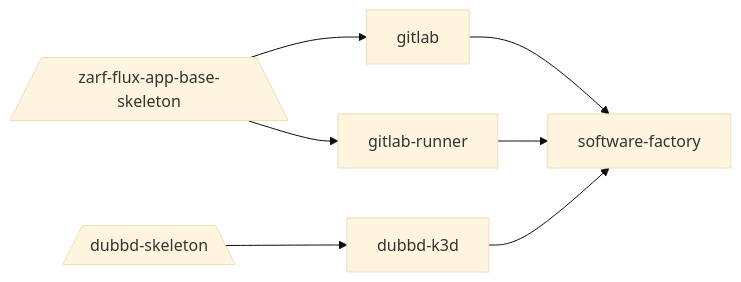
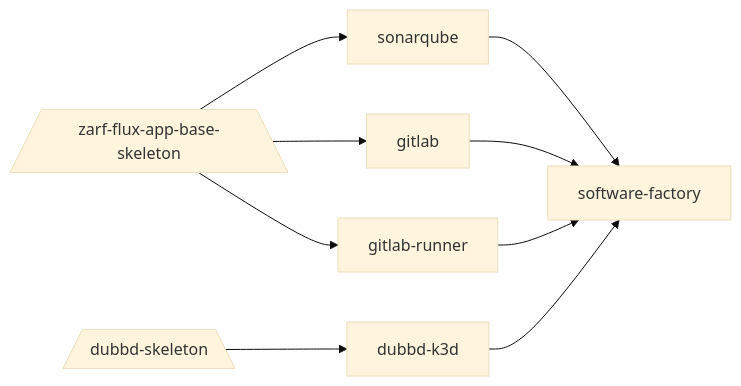
One commit to anthonywendt/uds-software-factory-playground changed the diagram in README.md. Above: the diagram before and after it, drawn with Mermaid (base theme). The commit also changed other lines of this file, not shown here.

````diff
--- a/README.md
+++ b/README.md
@@ -11,13 +11,15 @@
 ```mermaid
 graph LR;
   skel1[/zarf-flux-app-base-skeleton\]
   skel2[/dubbd-skeleton\]
 
   skel2 --> dubbd-k3d
   skel1 --> gitlab
   skel1 --> gitlab-runner
+  skel1 --> sonarqube
 
+  sonarqube --> software-factory
   gitlab --> software-factory
   gitlab-runner --> software-factory
   dubbd-k3d --> software-factory
 ```
````
